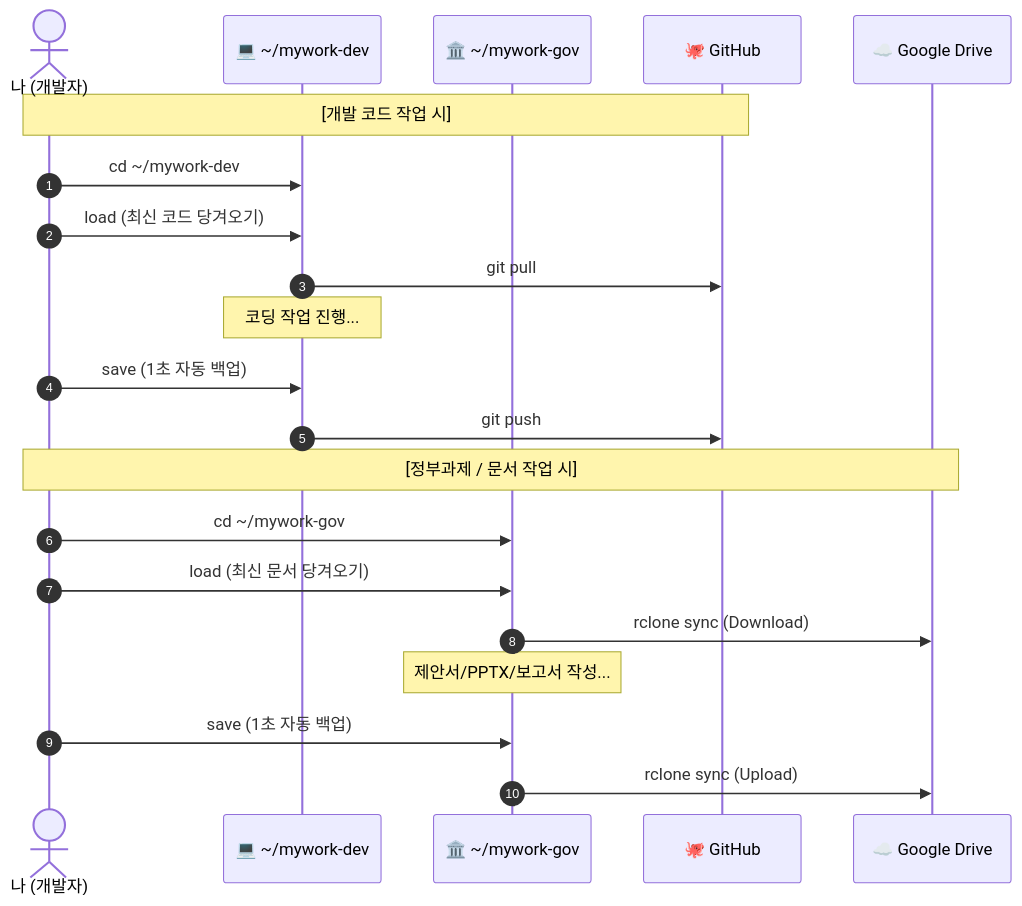
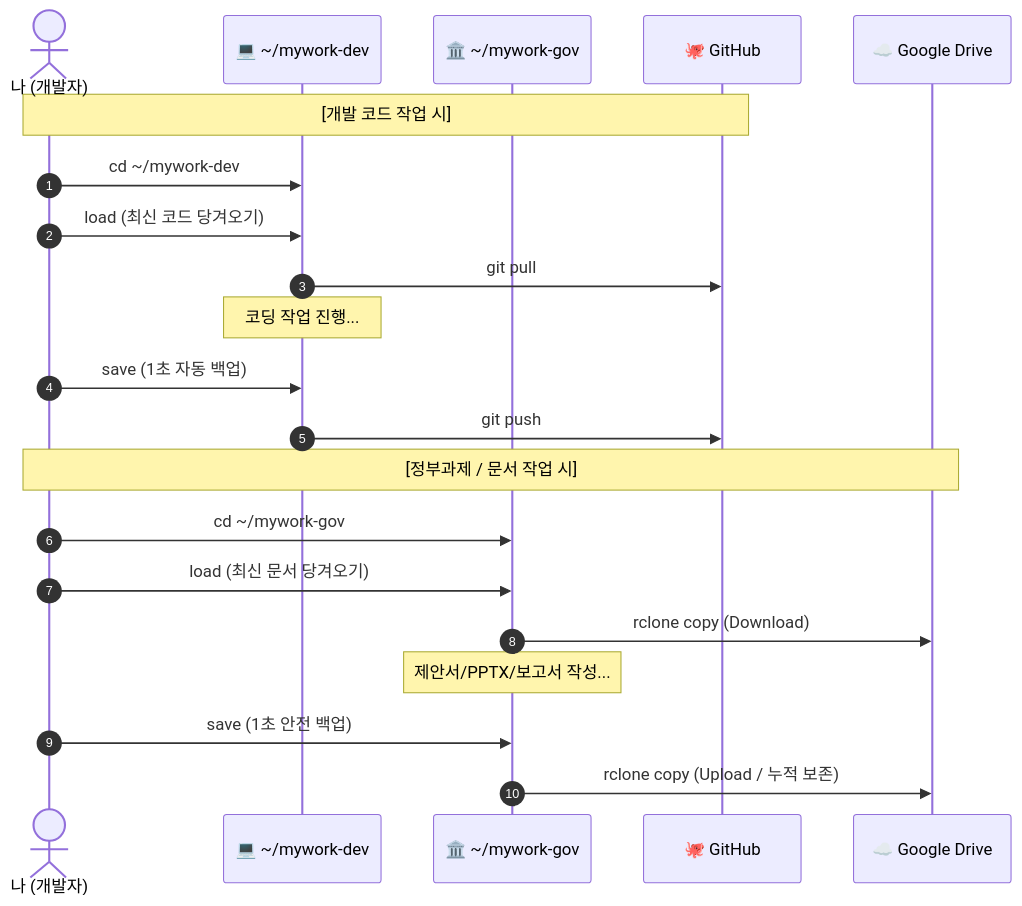
One commit to Hanjin-2727/mywork-dev changed the second of 2 diagrams in skill/syn.between.ter.cloud.md. Above: the diagram before and after it, drawn with Mermaid. The commit also changed other lines of this file, not shown here.

Commit message:
docs: 구글 드라이브 동기화를 rclone copy 기반 안전 백업 모드로 전환 (단말 간 삭제 방지)

````diff
--- a/skill/syn.between.ter.cloud.md
+++ b/skill/syn.between.ter.cloud.md
@@ -185,25 +194,25 @@
 ```mermaid
 sequenceDiagram
     autonumber
     actor Me as 나 (개발자)
     participant Dev as 💻 ~/mywork-dev
     participant Gov as 🏛️ ~/mywork-gov
     participant GH as 🐙 GitHub
     participant GD as ☁️ Google Drive
 
     Note over Me,GH: [개발 코드 작업 시]
     Me->>Dev: cd ~/mywork-dev
     Me->>Dev: load (최신 코드 당겨오기)
     Dev->>GH: git pull
     Note over Dev: 코딩 작업 진행...
     Me->>Dev: save (1초 자동 백업)
     Dev->>GH: git push
 
     Note over Me,GD: [정부과제 / 문서 작업 시]
     Me->>Gov: cd ~/mywork-gov
     Me->>Gov: load (최신 문서 당겨오기)
-    Gov->>GD: rclone sync (Download)
+    Gov->>GD: rclone copy (Download)
     Note over Gov: 제안서/PPTX/보고서 작성...
-    Me->>Gov: save (1초 자동 백업)
-    Gov->>GD: rclone sync (Upload)
+    Me->>Gov: save (1초 안전 백업)
+    Gov->>GD: rclone copy (Upload / 누적 보존)
 ```
````
